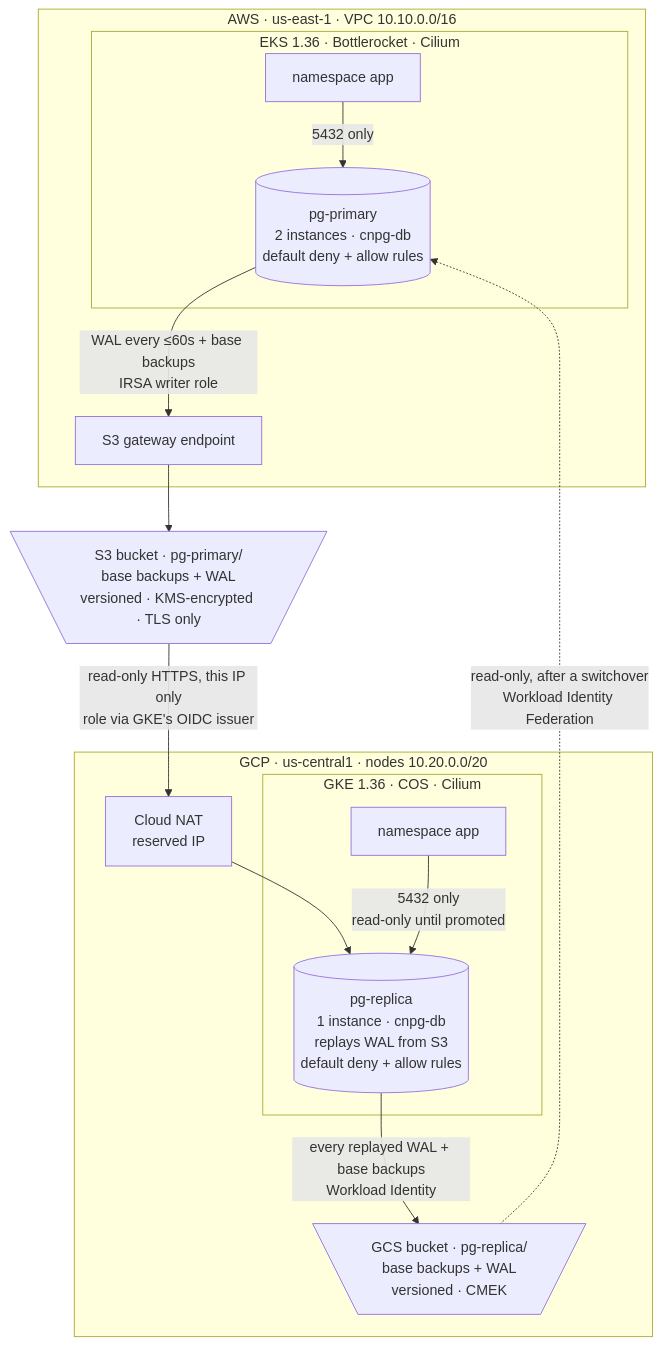
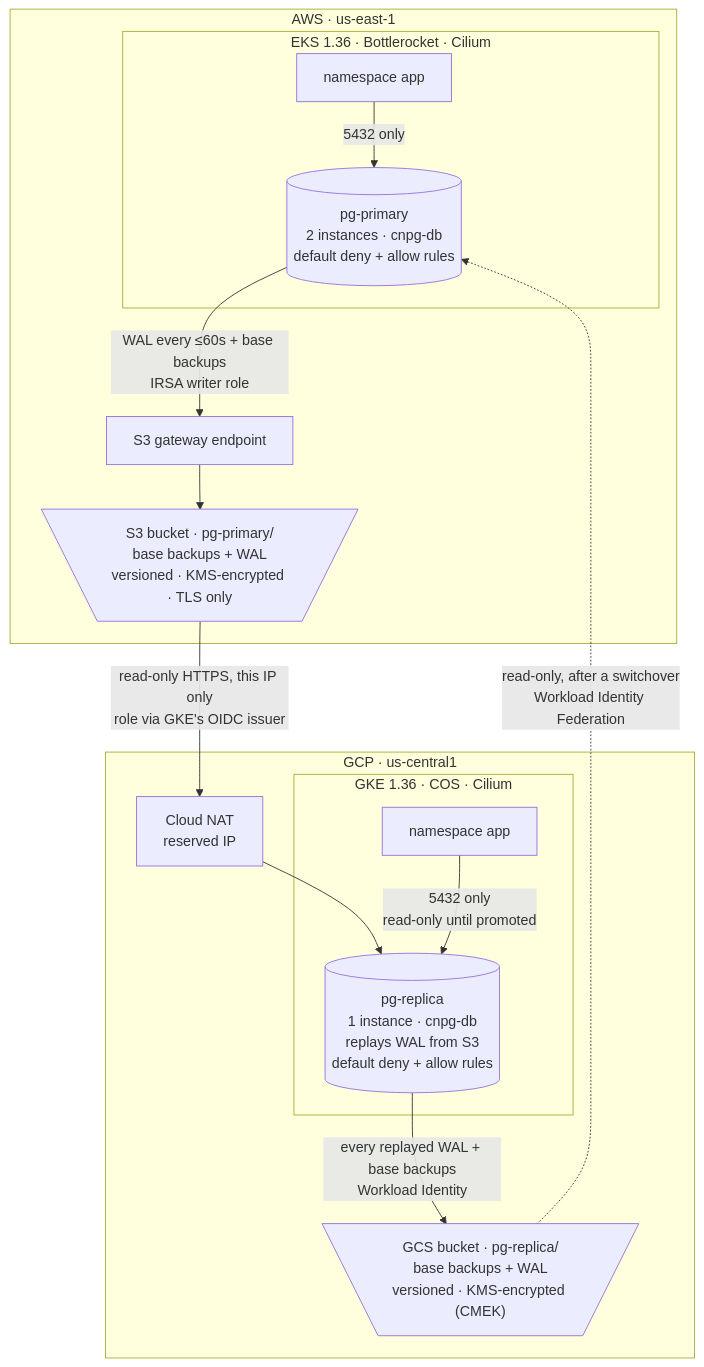
The diagram in README.md (william-stewart/poc-multicloud-postgres), drawn with Mermaid before and after one commit.

Commit message:
docs(readme): draw each bucket inside its own cloud
The S3 bucket sat between the clouds while the GCS bucket sat inside
GCP, because the AWS box stood for the VPC. Both boxes now stand for the
cloud and region, with their bucket inside, and the GCS bucket says
KMS-encrypted like the S3 one, with CMEK in brackets.

````diff
--- a/README.md
+++ b/README.md
@@ -12,30 +12,29 @@
 ```mermaid
 flowchart TB
-  subgraph AWS["AWS · us-east-1 · VPC 10.10.0.0/16"]
+  subgraph AWS["AWS · us-east-1"]
     subgraph EKS["EKS 1.36 · Bottlerocket · Cilium"]
       app["namespace app"]
       primary[("pg-primary<br/>2 instances · cnpg-db<br/>default deny + allow rules")]
     end
     vpce["S3 gateway endpoint"]
+    s3[\"S3 bucket · pg-primary/<br/>base backups + WAL<br/>versioned · KMS-encrypted · TLS only"/]
   end
 
-  s3[\"S3 bucket · pg-primary/<br/>base backups + WAL<br/>versioned · KMS-encrypted · TLS only"/]
-
-  subgraph GCP["GCP · us-central1 · nodes 10.20.0.0/20"]
+  subgraph GCP["GCP · us-central1"]
     subgraph GKE["GKE 1.36 · COS · Cilium"]
       app2["namespace app"]
       replica[("pg-replica<br/>1 instance · cnpg-db<br/>replays WAL from S3<br/>default deny + allow rules")]
     end
     nat["Cloud NAT<br/>reserved IP"]
-    gcs[\"GCS bucket · pg-replica/<br/>base backups + WAL<br/>versioned · CMEK"/]
+    gcs[\"GCS bucket · pg-replica/<br/>base backups + WAL<br/>versioned · KMS-encrypted (CMEK)"/]
   end
 
   app -- "5432 only" --> primary
   primary -- "WAL every ≤60s + base backups<br/>IRSA writer role" --> vpce
   vpce --> s3
   s3 -- "read-only HTTPS, this IP only<br/>role via GKE's OIDC issuer" --> nat
   nat --> replica
   replica -- "every replayed WAL + base backups<br/>Workload Identity" --> gcs
   app2 -- "5432 only<br/>read-only until promoted" --> replica
   gcs -. "read-only, after a switchover<br/>Workload Identity Federation" .-> primary
 ```
````
